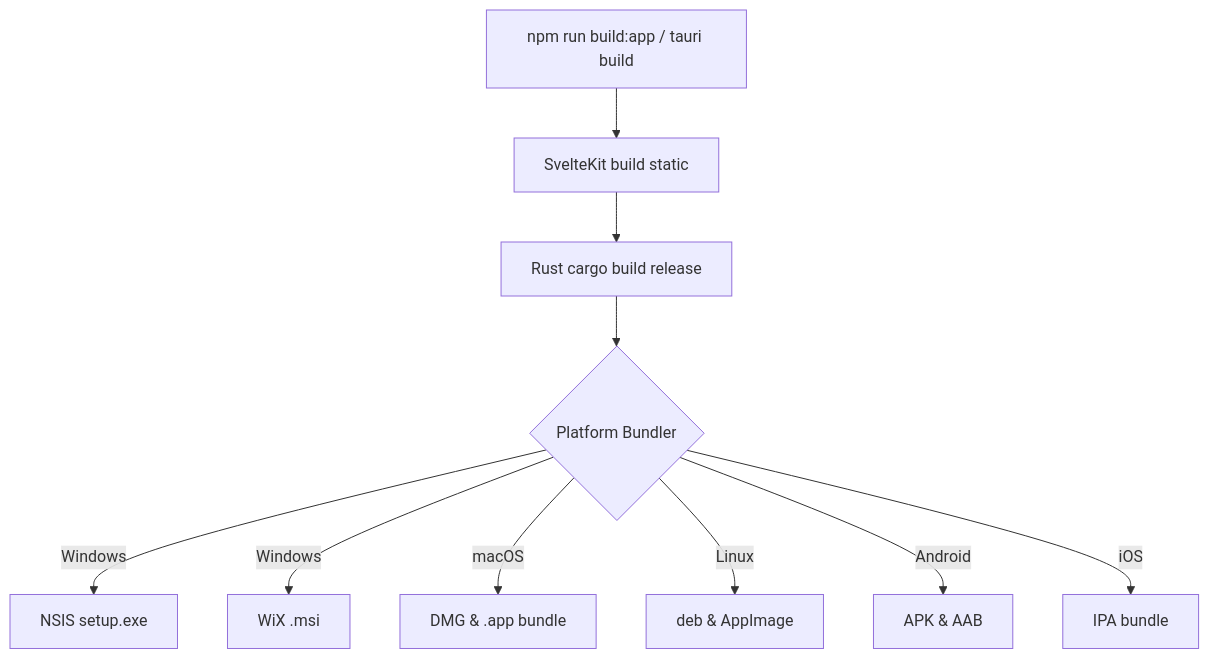
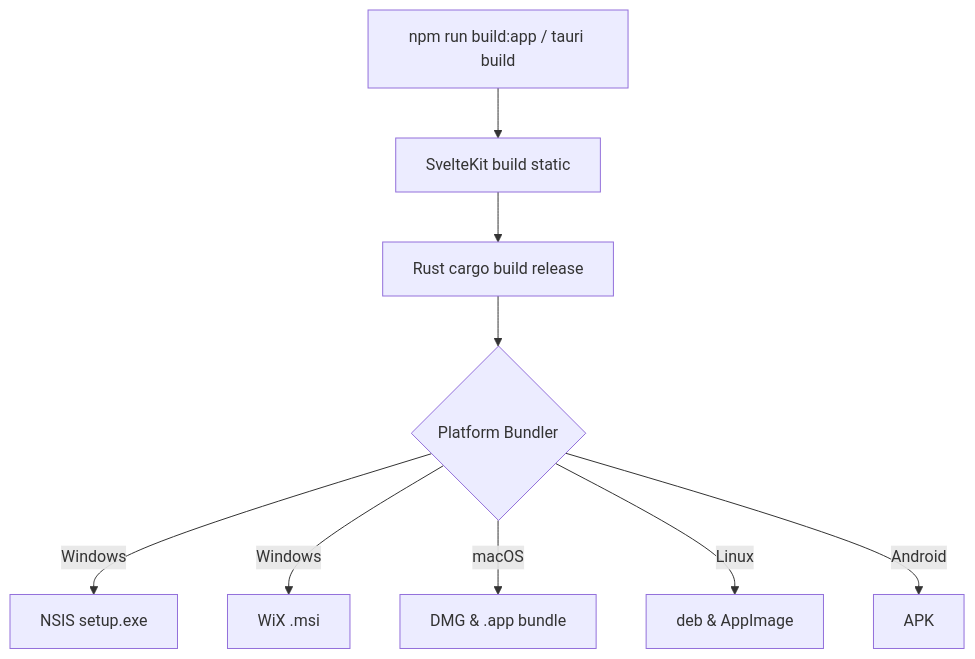
The diagram in wiki/Installer-Engine.md (HELIX-Origin/NH-Reader), drawn with Mermaid before and after one commit. The commit also changed other lines of this file and 15 other files, not shown here.

````diff
--- a/wiki/Installer-Engine.md
+++ b/wiki/Installer-Engine.md
@@ -17,12 +17,11 @@
 ```mermaid
 flowchart TD
     A[npm run build:app / tauri build] --> B[SvelteKit build static]
     B --> C[Rust cargo build release]
     C --> D{Platform Bundler}
     D -->|Windows| E[NSIS setup.exe]
     D -->|Windows| F[WiX .msi]
     D -->|macOS| G[DMG & .app bundle]
     D -->|Linux| H[deb & AppImage]
-    D -->|Android| I[APK & AAB]
-    D -->|iOS| J[IPA bundle]
+    D -->|Android| I[APK]
 ```
````
